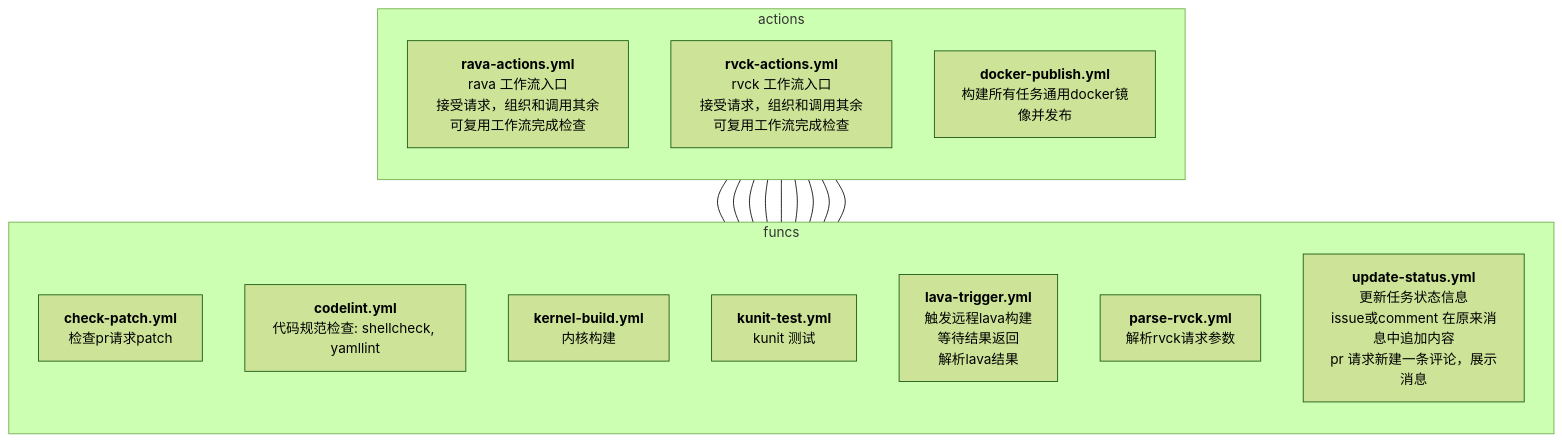
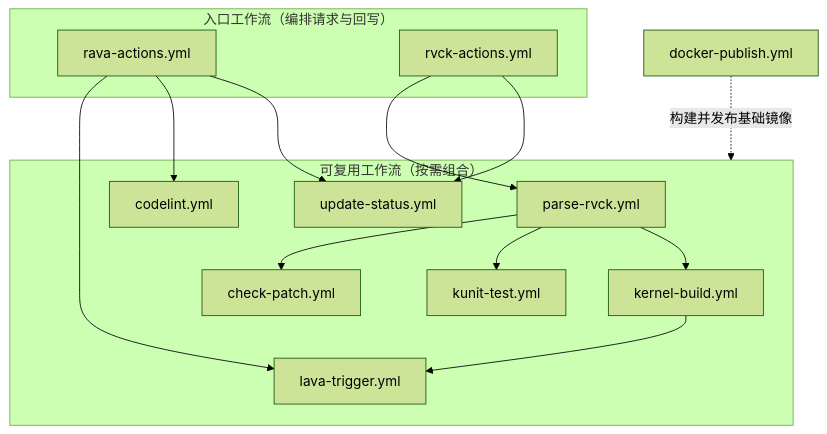
Before and after one commit to OERV-RVCI/RVCK-RAVA: the first of 4 diagrams in README.md, drawn with Mermaid (forest theme). The commit also changed other lines of this file, not shown here.

````diff
--- a/README.md
+++ b/README.md
@@ -10,55 +61,29 @@
 ```mermaid
 flowchart TB
-    subgraph actions
-    direction TB
-    rava-actions["`**rava-actions.yml**
-    rava 工作流入口
-    接受请求，组织和调用其余可复用工作流完成检查
-    `"]
-    rvck-actions["`**rvck-actions.yml**
-    rvck 工作流入口
-    接受请求，组织和调用其余可复用工作流完成检查
-    `"]
-    docker-publish["`**docker-publish.yml**
-    构建所有任务通用docker镜像并发布
-    `"]
+    subgraph entry["入口工作流（编排请求与回写）"]
+      rava["rava-actions.yml"]
+      rvck["rvck-actions.yml"]
     end
-    subgraph funcs
-    direction TB
-    check-patch["`**check-patch.yml**
-    检查pr请求patch
-    `"]
-    codelint["`**codelint.yml**
-    代码规范检查: shellcheck, yamllint
-    `"]
-    kernel-build["`**kernel-build.yml**
-    内核构建
-    `"]
-    kunit-test["`**kunit-test.yml**
-    kunit 测试
-    `"]
-    lava-trigger["`**lava-trigger.yml**
-    触发远程lava构建
-    等待结果返回
-    解析lava结果
-    `"]
-    parse-rvck["`**parse-rvck.yml**
-    解析rvck请求参数
-    `"]
-    update-status["`**update-status.yml**
-    更新任务状态信息
-    issue或comment 在原来消息中追加内容
-    pr 请求新建一条评论，展示消息
-    `"]
+
+    subgraph funcs["可复用工作流（按需组合）"]
+      parse["parse-rvck.yml"]
+      cpatch["check-patch.yml"]
+      kunit["kunit-test.yml"]
+      kbuild["kernel-build.yml"]
+      lava["lava-trigger.yml"]
+      lint["codelint.yml"]
+      status["update-status.yml"]
     end
-    rvck-actions --- parse-rvck
-    rvck-actions --- kunit-test
-    rvck-actions --- kernel-build
-    rvck-actions --- check-patch
-    rvck-actions --- lava-trigger
-    rvck-actions --- update-status
 
-    rava-actions --- lava-trigger
-    rava-actions --- update-status
-    rava-actions --- codelint
+    docker["docker-publish.yml"] -.构建并发布基础镜像.-> funcs
+
+    rvck --> parse
+    parse --> cpatch
+    parse --> kunit
+    parse --> kbuild
+    kbuild --> lava
+    rvck --> status
+    rava --> lava
+    rava --> lint
+    rava --> status
 ```
````
